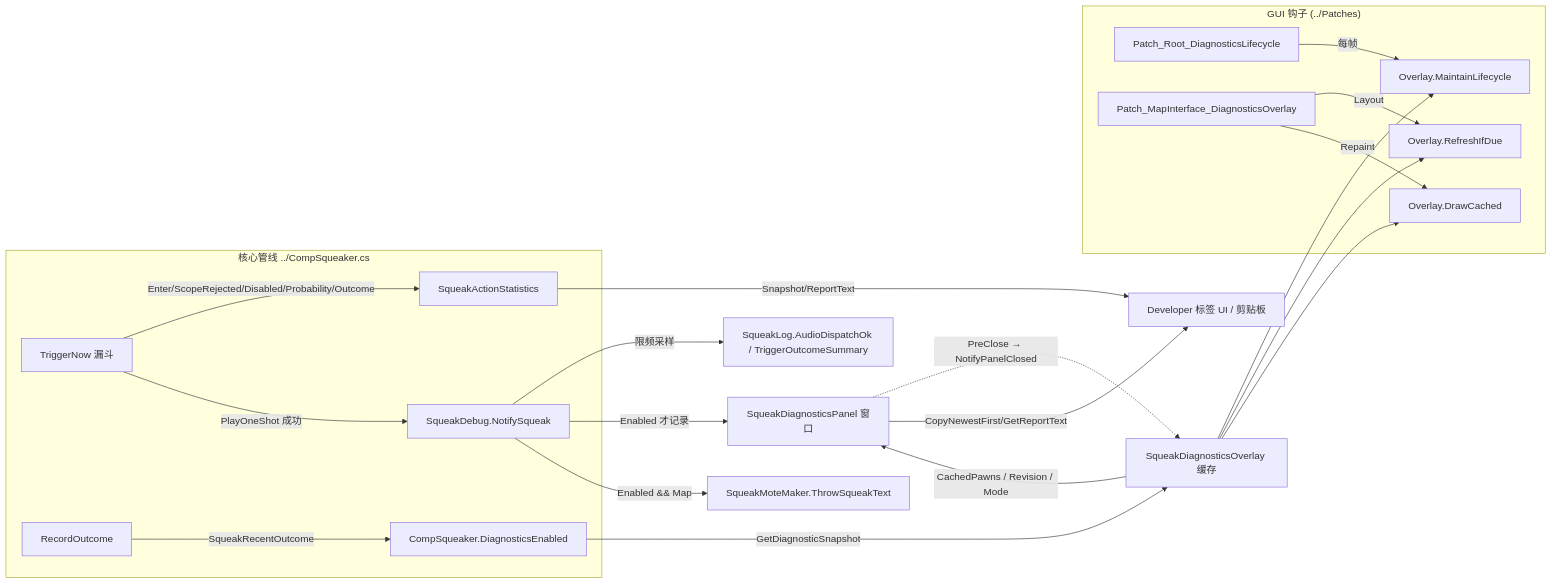
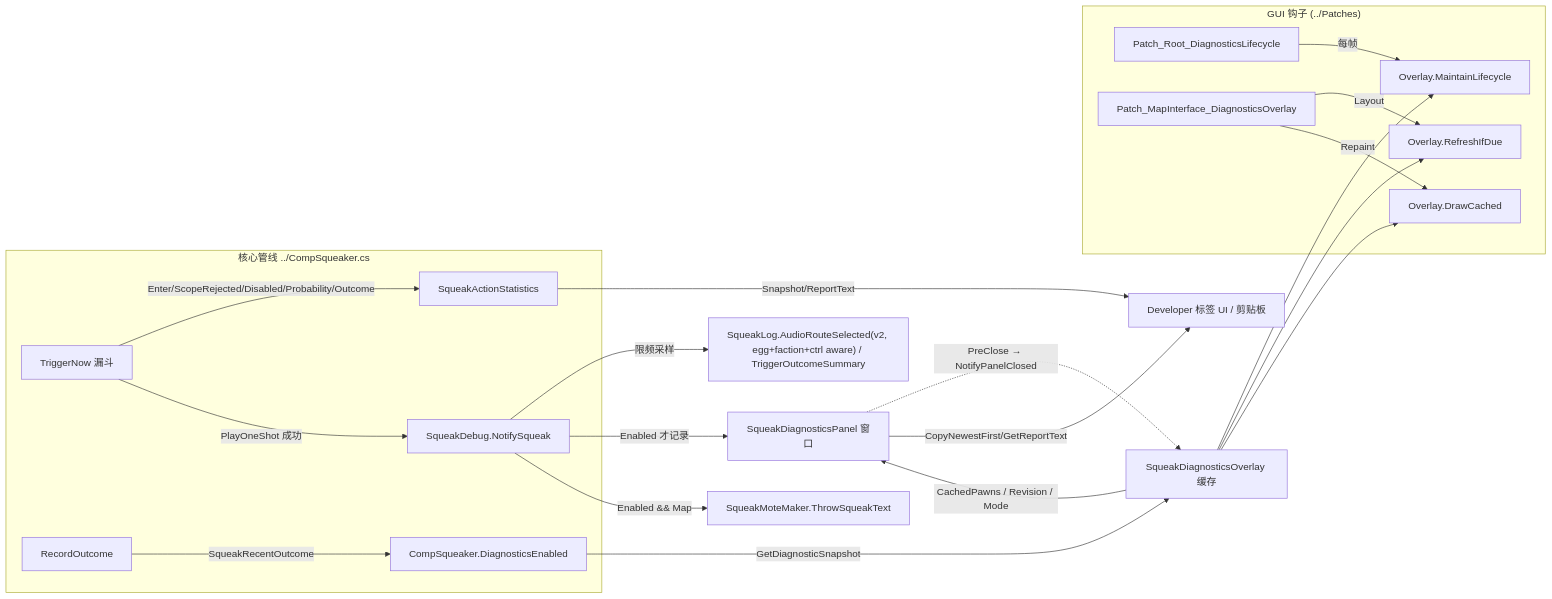
Before and after one commit to Coahuilite/SqueakyRatkin: the diagram in Source/SqueakyRatkin/Debug/codemap.md, drawn with Mermaid. The commit also changed other lines of this file and 110 other files, not shown here.

````diff
--- a/Source/SqueakyRatkin/Debug/codemap.md
+++ b/Source/SqueakyRatkin/Debug/codemap.md
@@ -49,22 +49,22 @@
 ```mermaid
 flowchart LR
     subgraph Production["核心管线 ../CompSqueaker.cs"]
         F["TriggerNow 漏斗"] -->|Enter/ScopeRejected/Disabled/Probability/Outcome| S["SqueakActionStatistics"]
         F -->|PlayOneShot 成功| N["SqueakDebug.NotifySqueak"]
         R["RecordOutcome"] -->|SqueakRecentOutcome| D["CompSqueaker.DiagnosticsEnabled"]
     end
-    N -->|限频采样| L["SqueakLog.AudioDispatchOk / TriggerOutcomeSummary"]
+    N -->|限频采样| L["SqueakLog.AudioRouteSelected(v2, egg+faction+ctrl aware) / TriggerOutcomeSummary"]
     N -->|Enabled 才记录| P["SqueakAudioPathDiagnostics 环形缓冲"]
     N -->|Enabled && Map| M["SqueakMoteMaker.ThrowSqueakText"]
     D -->|GetDiagnosticSnapshot| O["SqueakDiagnosticsOverlay 缓存"]
     subgraph GUI["GUI 钩子 (../Patches)"]
         R1["Patch_Root_DiagnosticsLifecycle"] -->|每帧| OC["Overlay.MaintainLifecycle"]
         MI["Patch_MapInterface_DiagnosticsOverlay"] -->|Layout| OR["Overlay.RefreshIfDue"]
         MI -->|Repaint| OD["Overlay.DrawCached"]
     end
     O --> OC & OR & OD
     O -->|CachedPawns / Revision / Mode| P["SqueakDiagnosticsPanel 窗口"]
     P -.->|PreClose → NotifyPanelClosed| O
     S -->|Snapshot/ReportText| U["Developer 标签 UI / 剪贴板"]
     P -->|CopyNewestFirst/GetReportText| U
 ```
````
